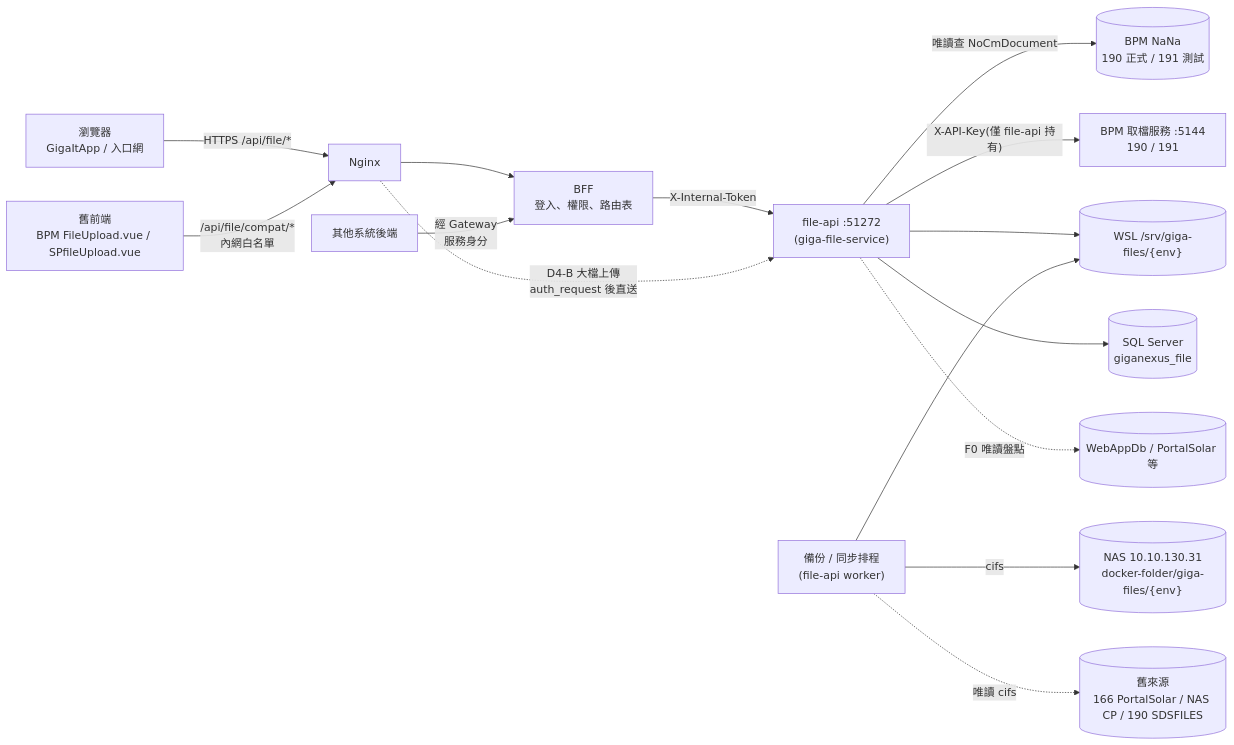
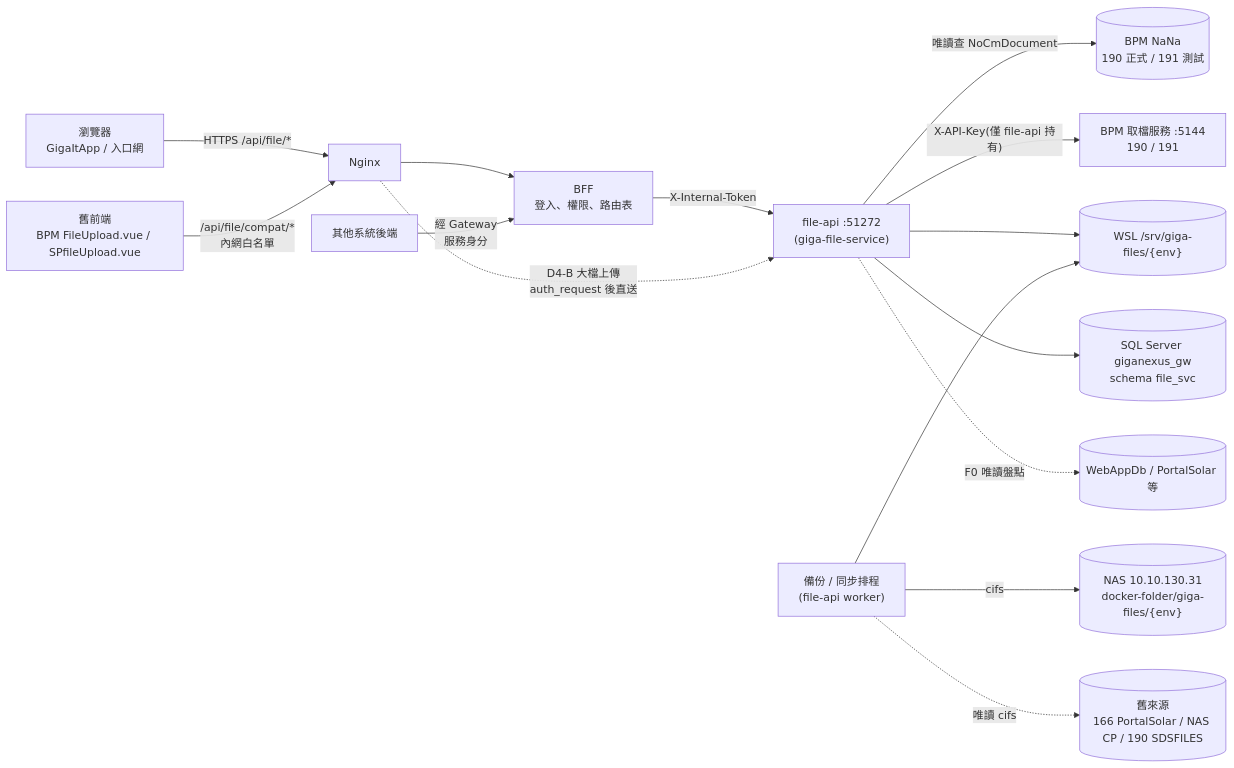
The first of 2 diagrams in docs/ARCHITECTURE.md (WeiWeicode/giga-file-service), drawn with Mermaid before and after one commit. The commit also changed other lines of this file and 12 other files, not shown here.

First line of the commit message:
docs: D7 改用 giganexus_gw 獨立 schema file_svc(不另建資料庫)、D17 資料存取用 Drizzle ORM;修正 BPMbackend 路徑

````diff
--- a/docs/ARCHITECTURE.md
+++ b/docs/ARCHITECTURE.md
@@ -10,17 +10,17 @@
 ```mermaid
 flowchart LR
     U["瀏覽器<br/>GigaItApp / 入口網"] -->|"HTTPS /api/file/*"| N["Nginx"]
     N --> B["BFF<br/>登入、權限、路由表"]
     B -->|"X-Internal-Token"| F["file-api :51272<br/>(giga-file-service)"]
     N -.->|"D4-B 大檔上傳<br/>auth_request 後直送"| F
     O["舊前端<br/>BPM FileUpload.vue / SPfileUpload.vue"] -->|"/api/file/compat/*<br/>內網白名單"| N
     S["其他系統後端"] -->|"經 Gateway<br/>服務身分"| B
     F -->|"唯讀查 NoCmDocument"| BDB[("BPM NaNa<br/>190 正式 / 191 測試")]
     F -->|"X-API-Key(僅 file-api 持有)"| BFS["BPM 取檔服務 :5144<br/>190 / 191"]
     F --> V[("WSL /srv/giga-files/{env}")]
-    F --> DB[("SQL Server<br/>giganexus_file")]
+    F --> DB[("SQL Server giganexus_gw<br/>schema file_svc")]
     J["備份 / 同步排程<br/>(file-api worker)"] --> V
     J -->|"cifs"| NAS[("NAS 10.10.130.31<br/>docker-folder/giga-files/{env}")]
     J -.->|"唯讀 cifs"| L[("舊來源<br/>166 PortalSolar / NAS CP / 190 SDSFILES")]
     F -.->|"F0 唯讀盤點"| LDB[("WebAppDb / PortalSolar 等")]
 ```
````
